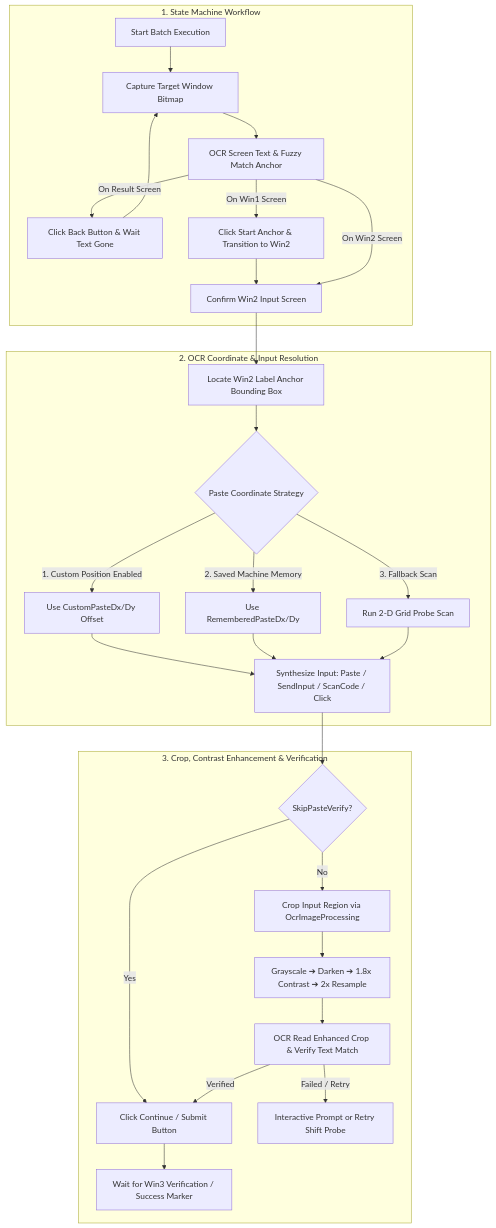
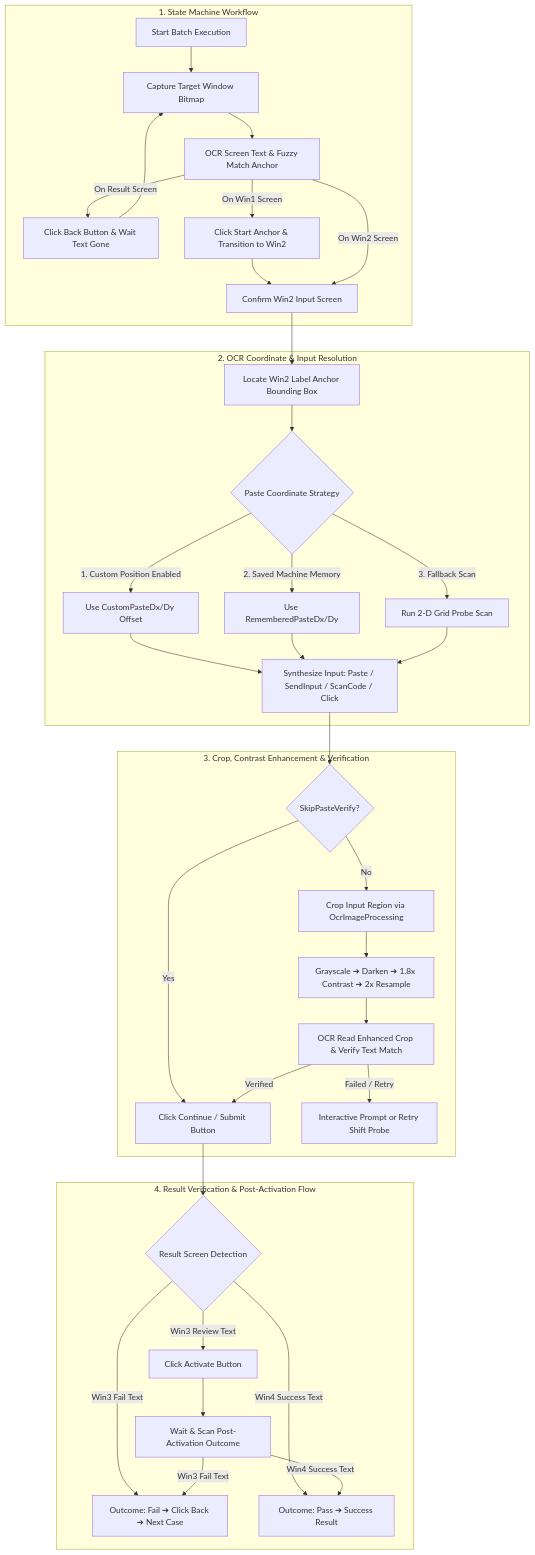
One commit to siusunhub/SmartActiveTools changed the diagram in README.md. Above: the diagram before and after it, drawn with Mermaid. The commit also changed other lines of this file and 8 other files, not shown here.

````diff
--- a/README.md
+++ b/README.md
@@ -79,34 +84,43 @@
 ```mermaid
 graph TD
     subgraph State_Machine ["1. State Machine Workflow"]
         A[Start Batch Execution] --> B[Capture Target Window Bitmap]
         B --> C[OCR Screen Text & Fuzzy Match Anchor]
         C -->|On Result Screen| D[Click Back Button & Wait Text Gone]
         D --> B
         C -->|On Win1 Screen| E[Click Start Anchor & Transition to Win2]
         E --> F[Confirm Win2 Input Screen]
         C -->|On Win2 Screen| F
     end
 
     subgraph OCR_Input_Pipeline ["2. OCR Coordinate & Input Resolution"]
         F --> G[Locate Win2 Label Anchor Bounding Box]
         G --> H{Paste Coordinate Strategy}
         H -->|1. Custom Position Enabled| I[Use CustomPasteDx/Dy Offset]
         H -->|2. Saved Machine Memory| J[Use RememberedPasteDx/Dy]
         H -->|3. Fallback Scan| K[Run 2-D Grid Probe Scan]
         I --> L[Synthesize Input: Paste / SendInput / ScanCode / Click]
         J --> L
         K --> L
     end
 
     subgraph OCR_Enhancement ["3. Crop, Contrast Enhancement & Verification"]
         L --> M{SkipPasteVerify?}
         M -->|Yes| P[Click Continue / Submit Button]
         M -->|No| N[Crop Input Region via OcrImageProcessing]
         N --> O[Grayscale ➔ Darken ➔ 1.8x Contrast ➔ 2x Resample]
         O --> Q[OCR Read Enhanced Crop & Verify Text Match]
         Q -->|Verified| P
         Q -->|Failed / Retry| R[Interactive Prompt or Retry Shift Probe]
-        P --> S[Wait for Win3 Verification / Success Marker]
+    end
+
+    subgraph Result_Verification ["4. Result Verification & Post-Activation Flow"]
+        P --> S{Result Screen Detection}
+        S -->|Win3 Fail Text| T[Outcome: Fail ➔ Click Back ➔ Next Case]
+        S -->|Win4 Success Text| U[Outcome: Pass ➔ Success Result]
+        S -->|Win3 Review Text| V[Click Activate Button]
+        V --> W[Wait & Scan Post-Activation Outcome]
+        W -->|Win4 Success Text| U
+        W -->|Win3 Fail Text| T
     end
 ```
````
